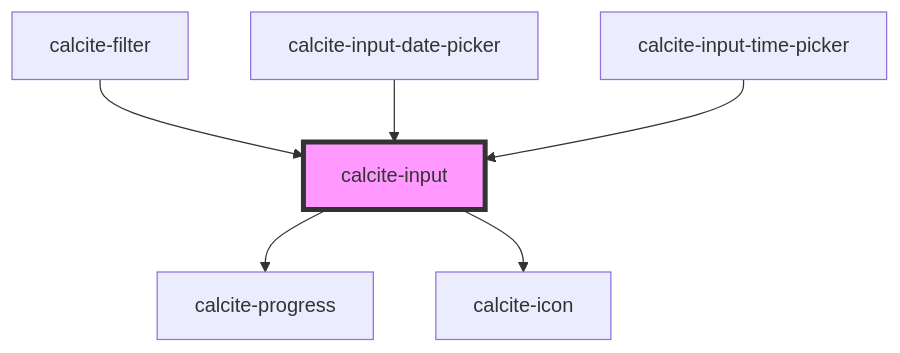
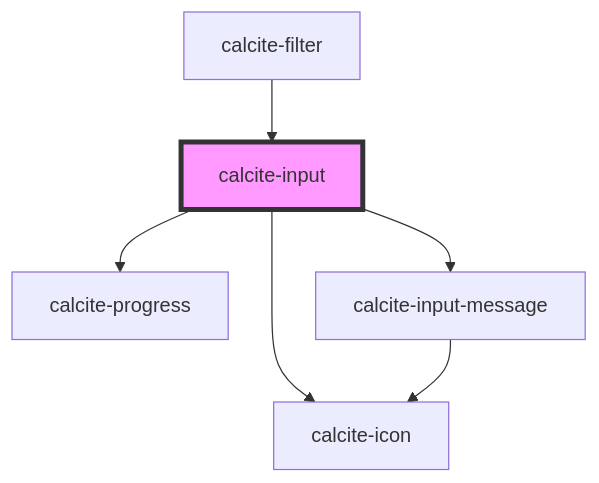
Before and after one commit to vikivakarvc/calcite-design-system: the diagram in packages/calcite-components/src/components/input/readme.md, drawn with Mermaid. The commit also changed other lines of this file and 64 other files, not shown here.

````diff
--- a/packages/calcite-components/src/components/input/readme.md
+++ b/packages/calcite-components/src/components/input/readme.md
@@ -164,9 +160,9 @@
 ```mermaid
 graph TD;
   calcite-input --> calcite-progress
   calcite-input --> calcite-icon
+  calcite-input --> calcite-input-message
+  calcite-input-message --> calcite-icon
   calcite-filter --> calcite-input
-  calcite-input-date-picker --> calcite-input
-  calcite-input-time-picker --> calcite-input
   style calcite-input fill:#f9f,stroke:#333,stroke-width:4px
 ```
````
